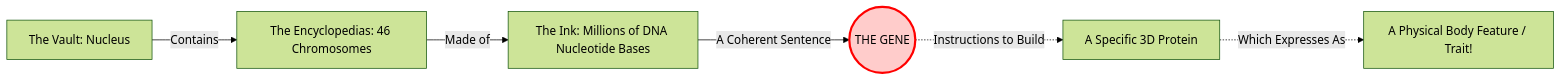
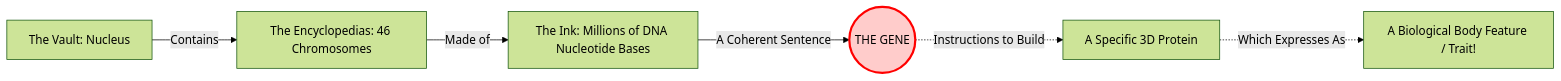
One commit to naveengarla/icse-10th-biology changed the diagram in Chapter_02_Tutorial/2.4_What_Are_Genes.md. Above: the diagram before and after it, drawn with Mermaid (forest theme). The commit also changed other lines of this file and 7 other files, not shown here.

````diff
--- a/Chapter_02_Tutorial/2.4_What_Are_Genes.md
+++ b/Chapter_02_Tutorial/2.4_What_Are_Genes.md
@@ -23,10 +28,10 @@
 ```mermaid
 graph LR
     A[The Vault: Nucleus] -->|Contains| B[The Encyclopedias: 46 Chromosomes]
     B -->|Made of| C[The Ink: Millions of DNA Nucleotide Bases]
     C -->|A Coherent Sentence| D((THE GENE))
     D -.->|Instructions to Build| E[A Specific 3D Protein]
-    E -.->|Which Expresses As| F[A Physical Body Feature / Trait!]
+    E -.->|Which Expresses As| F[A Biological Body Feature / Trait!]
     
     style D fill:#ffcccb,stroke:#ff0000,stroke-width:3px
 ```
````
